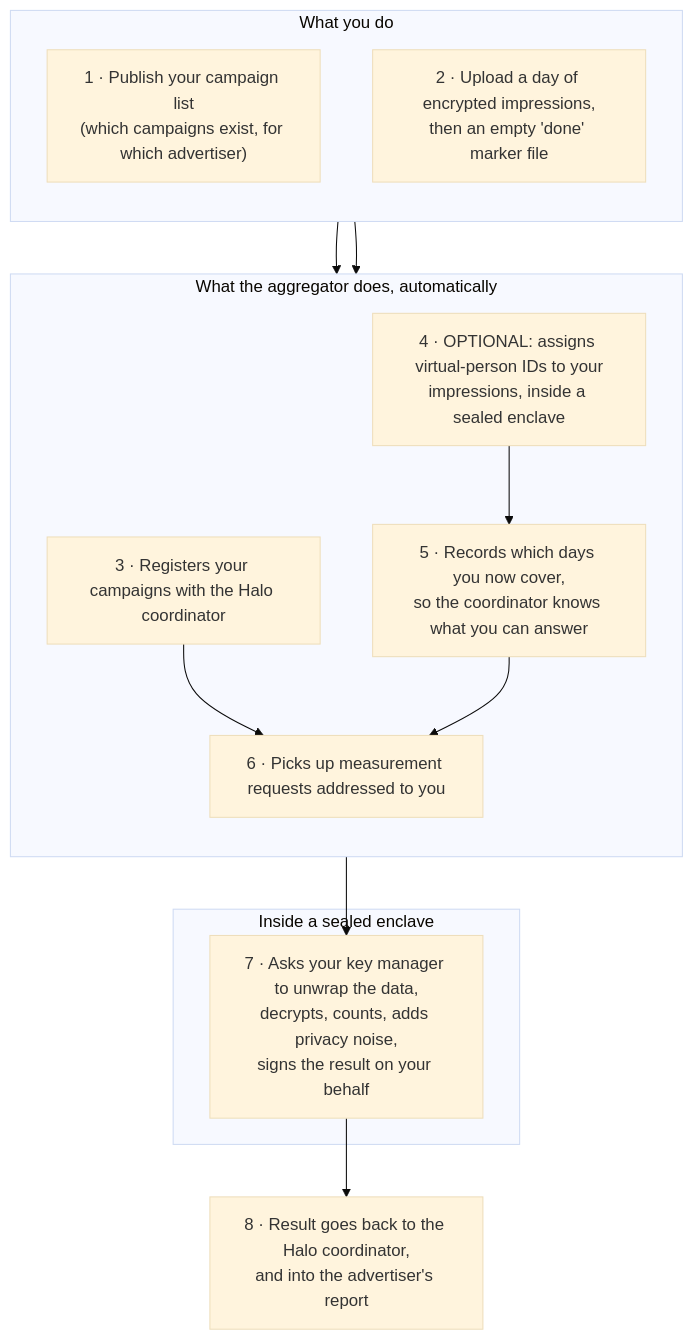
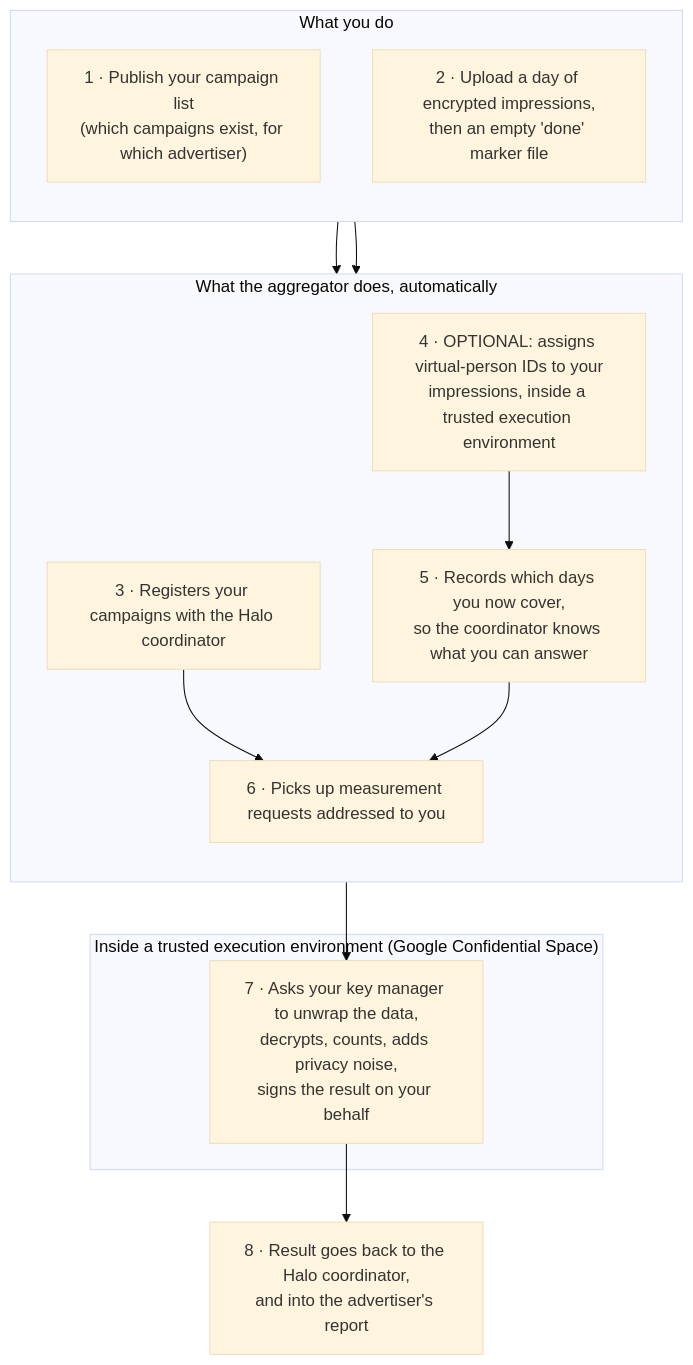
One commit to world-federation-of-advertisers/cross-media-measurement changed the second of 3 diagrams in docs/edpaggregator/README.md. Above: the diagram before and after it, drawn with Mermaid (base theme). The commit also changed other lines of this file, not shown here.

````diff
--- a/docs/edpaggregator/README.md
+++ b/docs/edpaggregator/README.md
@@ -81,28 +76,28 @@
 ```mermaid
 flowchart TB
   subgraph YOU["What you do"]
     direction TB
     EG["1 · Publish your campaign list<br/>(which campaigns exist, for which advertiser)"]
     IMP["2 · Upload a day of encrypted impressions,<br/>then an empty 'done' marker file"]
   end
 
   subgraph AGG["What the aggregator does, automatically"]
     direction TB
     REG["3 · Registers your campaigns with the Halo coordinator"]
-    LAB["4 · OPTIONAL: assigns virtual-person IDs to your<br/>impressions, inside a sealed enclave"]
+    LAB["4 · OPTIONAL: assigns virtual-person IDs to your<br/>impressions, inside a trusted execution environment"]
     AV["5 · Records which days you now cover,<br/>so the coordinator knows what you can answer"]
     PULL["6 · Picks up measurement requests addressed to you"]
   end
 
-  subgraph TEE["Inside a sealed enclave"]
+  subgraph TEE["Inside a trusted execution environment (Google Confidential Space)"]
     ANS["7 · Asks your key manager to unwrap the data,<br/>decrypts, counts, adds privacy noise,<br/>signs the result on your behalf"]
   end
 
   OUT["8 · Result goes back to the Halo coordinator,<br/>and into the advertiser's report"]
 
   EG --> REG
   IMP --> LAB --> AV
   REG --> PULL
   AV --> PULL
   PULL --> ANS --> OUT
 ```
````
